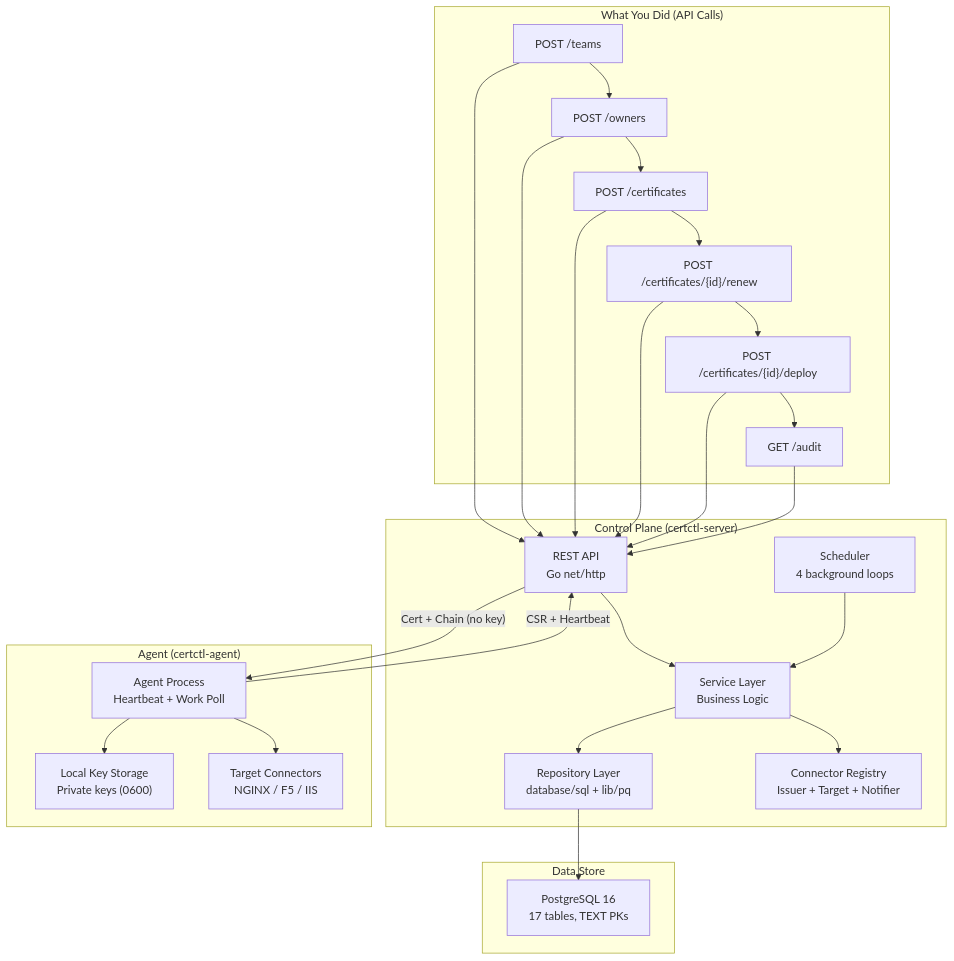
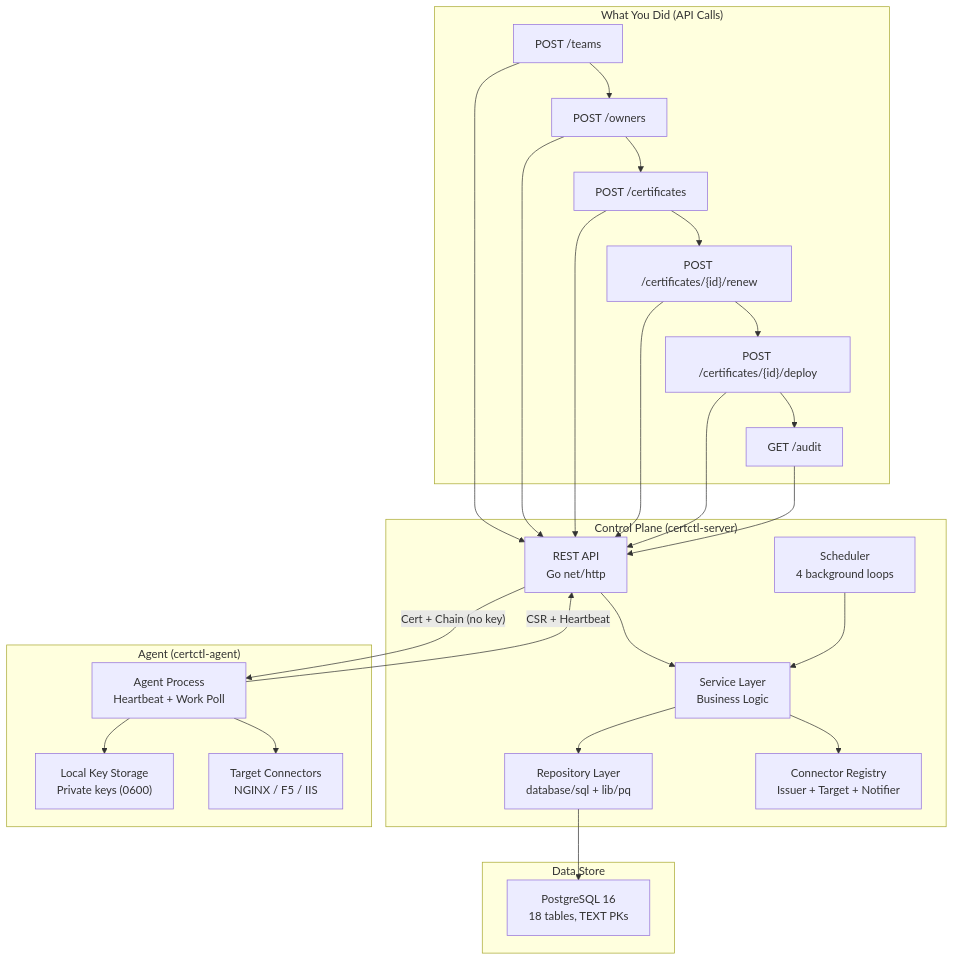
Before and after one commit to certctl-io/certctl: the sixth of 6 diagrams in docs/demo-advanced.md, drawn with Mermaid. The commit also changed 2 other files, not shown here.

Commit message:
docs: update README, architecture, and demo docs for M15a revocation
Update test counts (525+ → 600+), table counts (17 → 18), endpoint
counts (68 → 70), add revocation/CRL endpoints to API overview, add
certificate_revocations table to schema docs, update M15 roadmap to
show M15a complete and M15b remaining.

````diff
--- a/docs/demo-advanced.md
+++ b/docs/demo-advanced.md
@@ -485,39 +485,39 @@
 ```mermaid
 flowchart TB
     subgraph "What You Did (API Calls)"
         U1["POST /teams"] --> U2["POST /owners"]
         U2 --> U3["POST /certificates"]
         U3 --> U4["POST /certificates/{id}/renew"]
         U4 --> U5["POST /certificates/{id}/deploy"]
         U5 --> U6["GET /audit"]
     end
 
     subgraph "Control Plane (certctl-server)"
         API["REST API\nGo net/http"]
         SVC["Service Layer\nBusiness Logic"]
         REPO["Repository Layer\ndatabase/sql + lib/pq"]
         SCHED["Scheduler\n4 background loops"]
         CONN["Connector Registry\nIssuer + Target + Notifier"]
     end
 
     subgraph "Data Store"
-        PG["PostgreSQL 16\n17 tables, TEXT PKs"]
+        PG["PostgreSQL 16\n18 tables, TEXT PKs"]
     end
 
     subgraph "Agent (certctl-agent)"
         AGENT["Agent Process\nHeartbeat + Work Poll"]
         KEYS["Local Key Storage\nPrivate keys (0600)"]
         TC["Target Connectors\nNGINX / F5 / IIS"]
     end
 
     U1 & U2 & U3 & U4 & U5 & U6 --> API
     API --> SVC
     SVC --> REPO
     REPO --> PG
     SVC --> CONN
     SCHED --> SVC
     AGENT -->|"CSR + Heartbeat"| API
     API -->|"Cert + Chain (no key)"| AGENT
     AGENT --> KEYS
     AGENT --> TC
 ```
````
